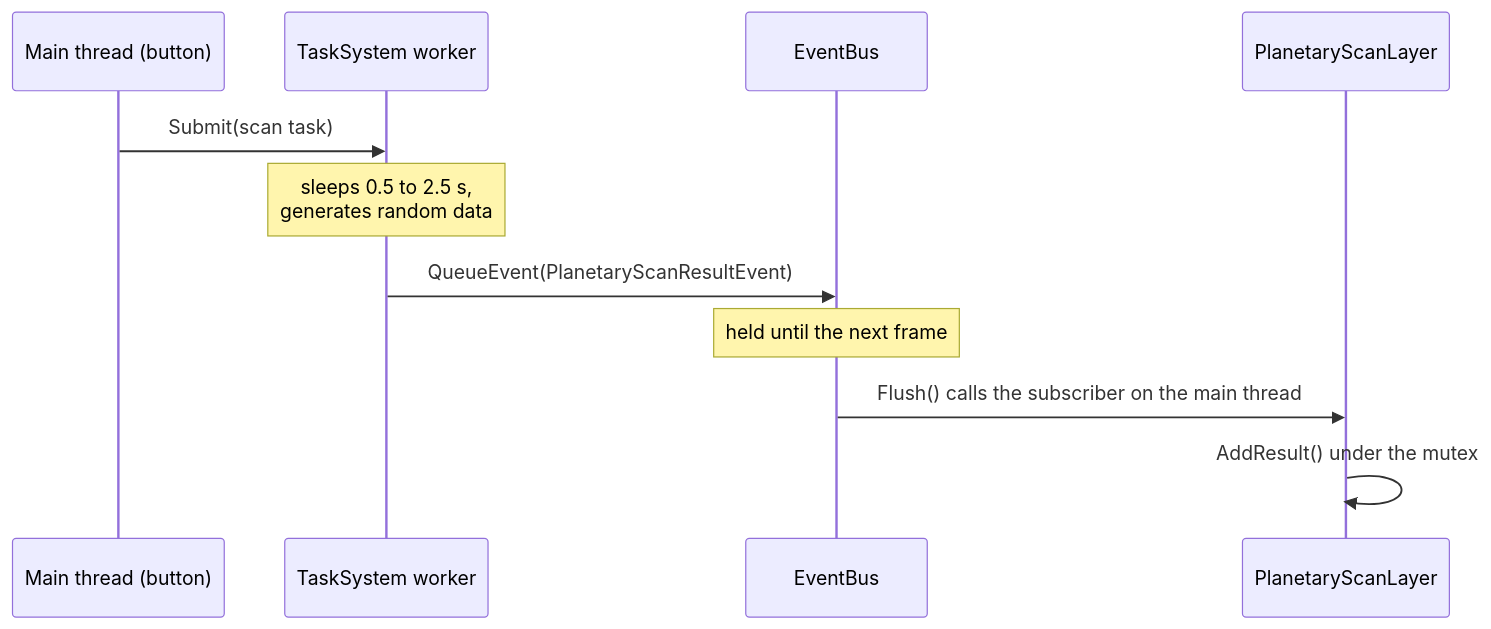
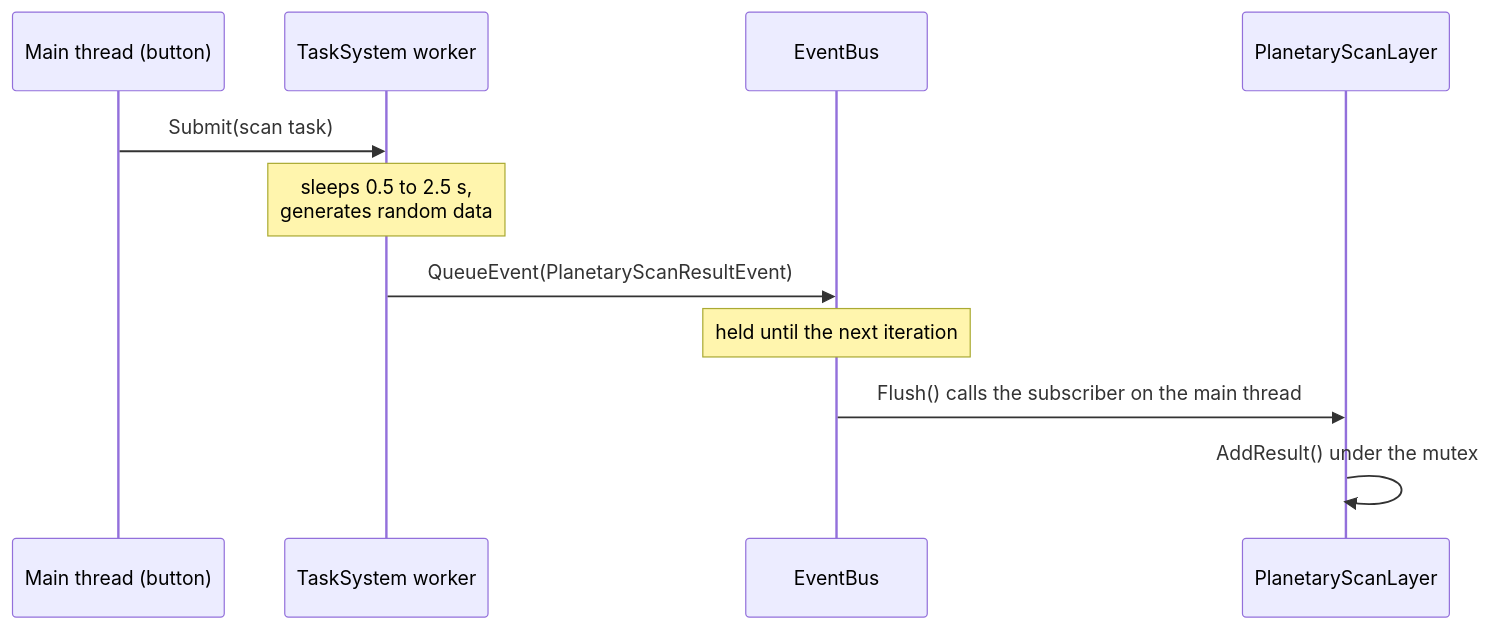
The diagram in docs/guide/examples-guide.md (eldritch-codex/nodens), drawn with Mermaid before and after one commit. The commit also changed other lines of this file and 18 other files, not shown here.

````diff
--- a/docs/guide/examples-guide.md
+++ b/docs/guide/examples-guide.md
@@ -76,13 +120,13 @@
 ```mermaid
 sequenceDiagram
   participant UI as Main thread (button)
   participant JS as TaskSystem worker
   participant EB as EventBus
   participant L as PlanetaryScanLayer
   UI->>JS: Submit(scan task)
   Note over JS: sleeps 0.5 to 2.5 s,<br/>generates random data
   JS->>EB: QueueEvent(PlanetaryScanResultEvent)
-  Note over EB: held until the next frame
+  Note over EB: held until the next iteration
   EB->>L: Flush() calls the subscriber on the main thread
   L->>L: AddResult() under the mutex
 ```
````
